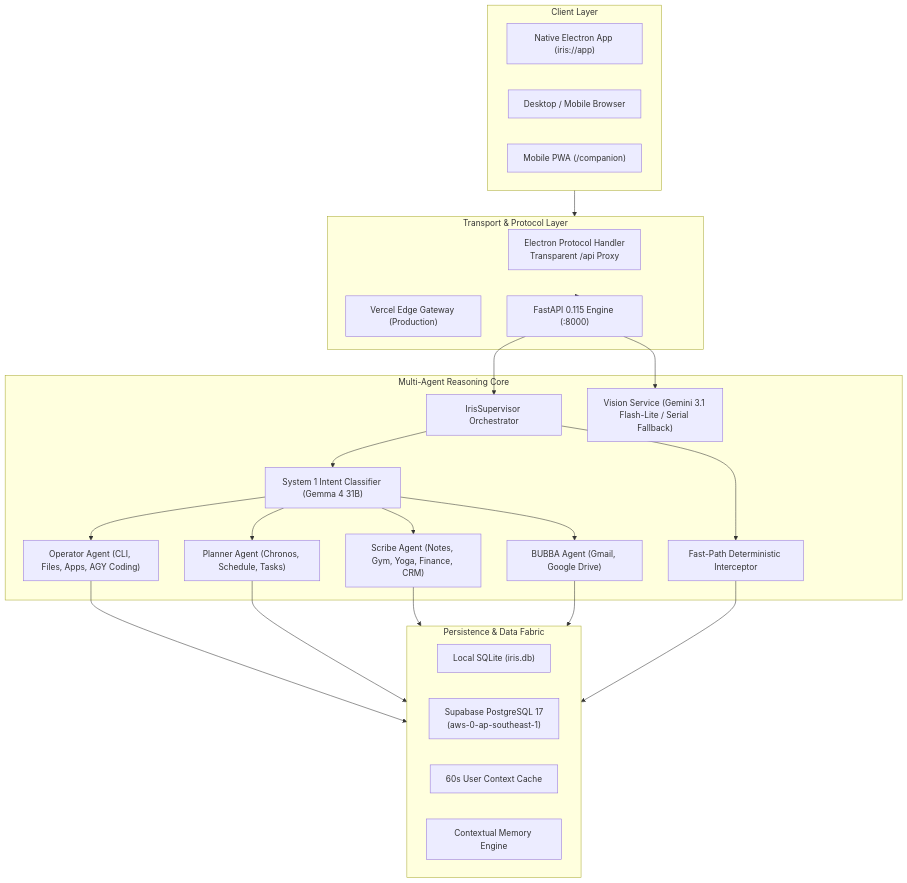
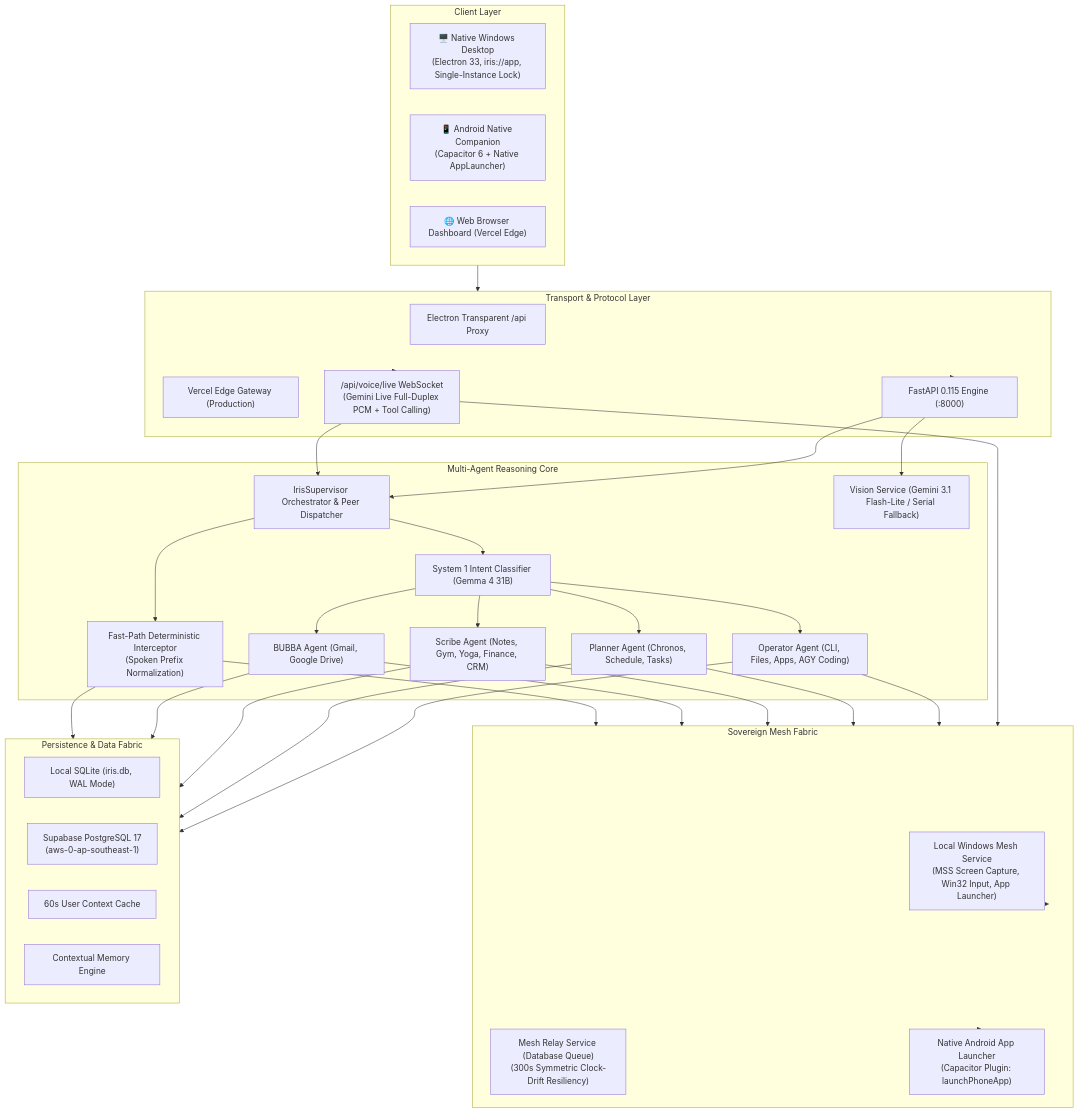
Before and after one commit to KIRTAN0902/IRIS: the second of 5 diagrams in KNOWLEDGE_TRANSFER.md, drawn with Mermaid. The commit also changed other lines of this file, not shown here.

````diff
--- a/KNOWLEDGE_TRANSFER.md
+++ b/KNOWLEDGE_TRANSFER.md
@@ -92,41 +95,50 @@
 ```mermaid
 flowchart TB
     subgraph Clients ["Client Layer"]
-        Electron["Native Electron App (iris://app)"]
-        Browser["Desktop / Mobile Browser"]
-        PWA["Mobile PWA (/companion)"]
+        Electron["🖥️ Native Windows Desktop<br/>(Electron 33, iris://app, Single-Instance Lock)"]
+        MobileApp["📱 Android Native Companion<br/>(Capacitor 6 + Native AppLauncher)"]
+        Browser["🌐 Web Browser Dashboard (Vercel Edge)"]
     end
 
     subgraph Gateway ["Transport & Protocol Layer"]
-        CustomProto["Electron Protocol Handler<br/>Transparent /api Proxy"]
+        CustomProto["Electron Transparent /api Proxy"]
         VercelEdge["Vercel Edge Gateway (Production)"]
         FastAPIRouter["FastAPI 0.115 Engine (:8000)"]
+        LiveWS["/api/voice/live WebSocket<br/>(Gemini Live Full-Duplex PCM + Tool Calling)"]
     end
 
     subgraph Intelligence ["Multi-Agent Reasoning Core"]
-        Supervisor["IrisSupervisor Orchestrator"]
-        FastPath["Fast-Path Deterministic Interceptor"]
+        Supervisor["IrisSupervisor Orchestrator & Peer Dispatcher"]
+        FastPath["Fast-Path Deterministic Interceptor<br/>(Spoken Prefix Normalization)"]
         Router["System 1 Intent Classifier (Gemma 4 31B)"]
         Operator["Operator Agent (CLI, Files, Apps, AGY Coding)"]
         Planner["Planner Agent (Chronos, Schedule, Tasks)"]
         Scribe["Scribe Agent (Notes, Gym, Yoga, Finance, CRM)"]
         BUBBA["BUBBA Agent (Gmail, Google Drive)"]
         Vision["Vision Service (Gemini 3.1 Flash-Lite / Serial Fallback)"]
     end
 
+    subgraph MeshRelay ["Sovereign Mesh Fabric"]
+        MeshService["Local Windows Mesh Service<br/>(MSS Screen Capture, Win32 Input, App Launcher)"]
+        RelayService["Mesh Relay Service (Database Queue)<br/>(300s Symmetric Clock-Drift Resiliency)"]
+        NativeCapacitor["Native Android App Launcher<br/>(Capacitor Plugin: launchPhoneApp)"]
+    end
+
     subgraph Storage ["Persistence & Data Fabric"]
-        SQLite["Local SQLite (iris.db)"]
+        SQLite["Local SQLite (iris.db, WAL Mode)"]
         Supabase["Supabase PostgreSQL 17<br/>(aws-0-ap-southeast-1)"]
         ContextCache["60s User Context Cache"]
         Memory["Contextual Memory Engine"]
     end
 
     Clients --> Gateway
-    Gateway --> FastAPIRouter
+    Gateway --> FastAPIRouter & LiveWS
     FastAPIRouter --> Supervisor & Vision
+    LiveWS --> Supervisor & MeshRelay
     Supervisor --> FastPath
     Supervisor --> Router
     Router --> Operator & Planner & Scribe & BUBBA
-    Operator & Planner & Scribe & BUBBA --> Storage
-    FastPath --> Storage
+    Operator & Planner & Scribe & BUBBA --> Storage & MeshRelay
+    FastPath --> Storage & MeshRelay
+    MeshRelay --> MeshService & NativeCapacitor
 ```
````
